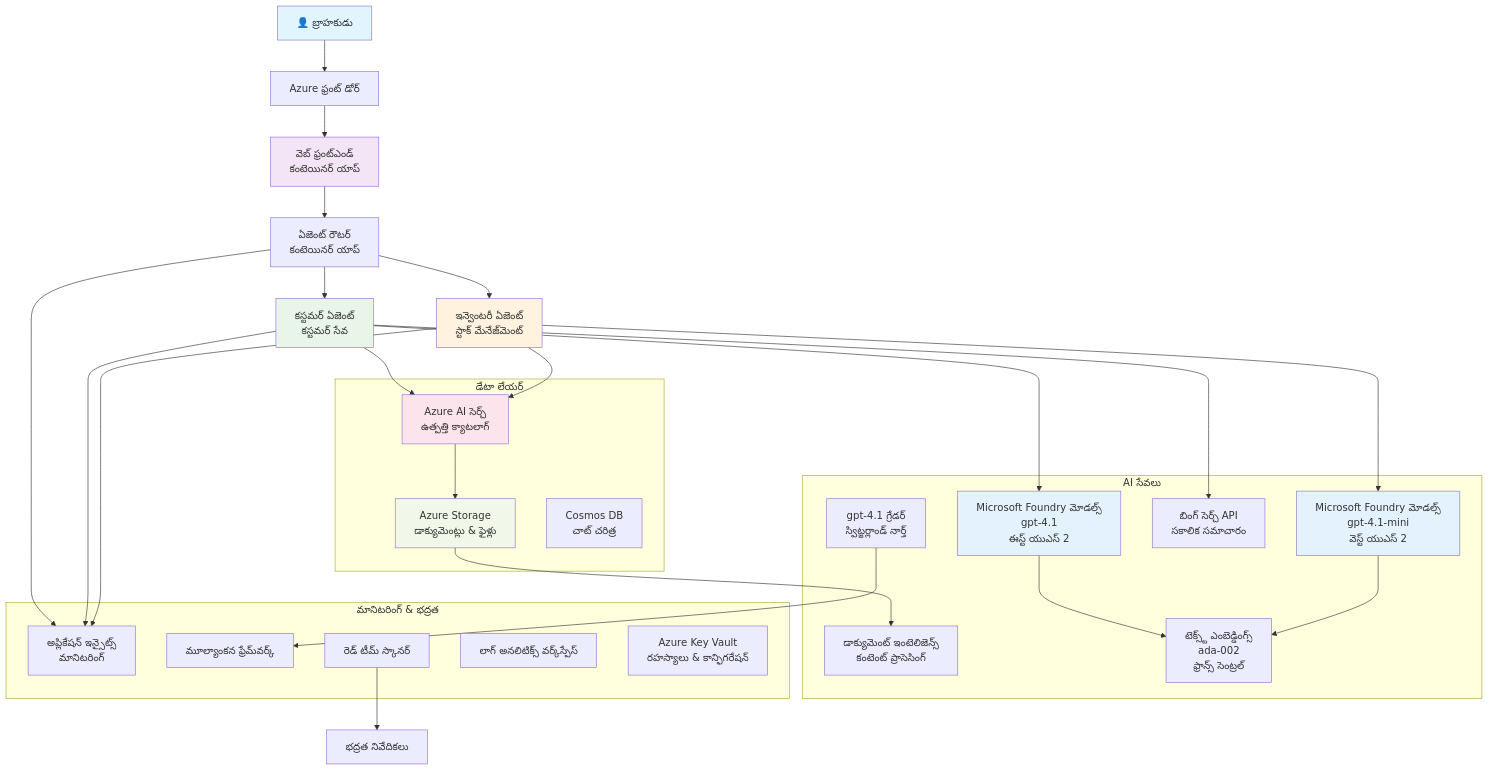
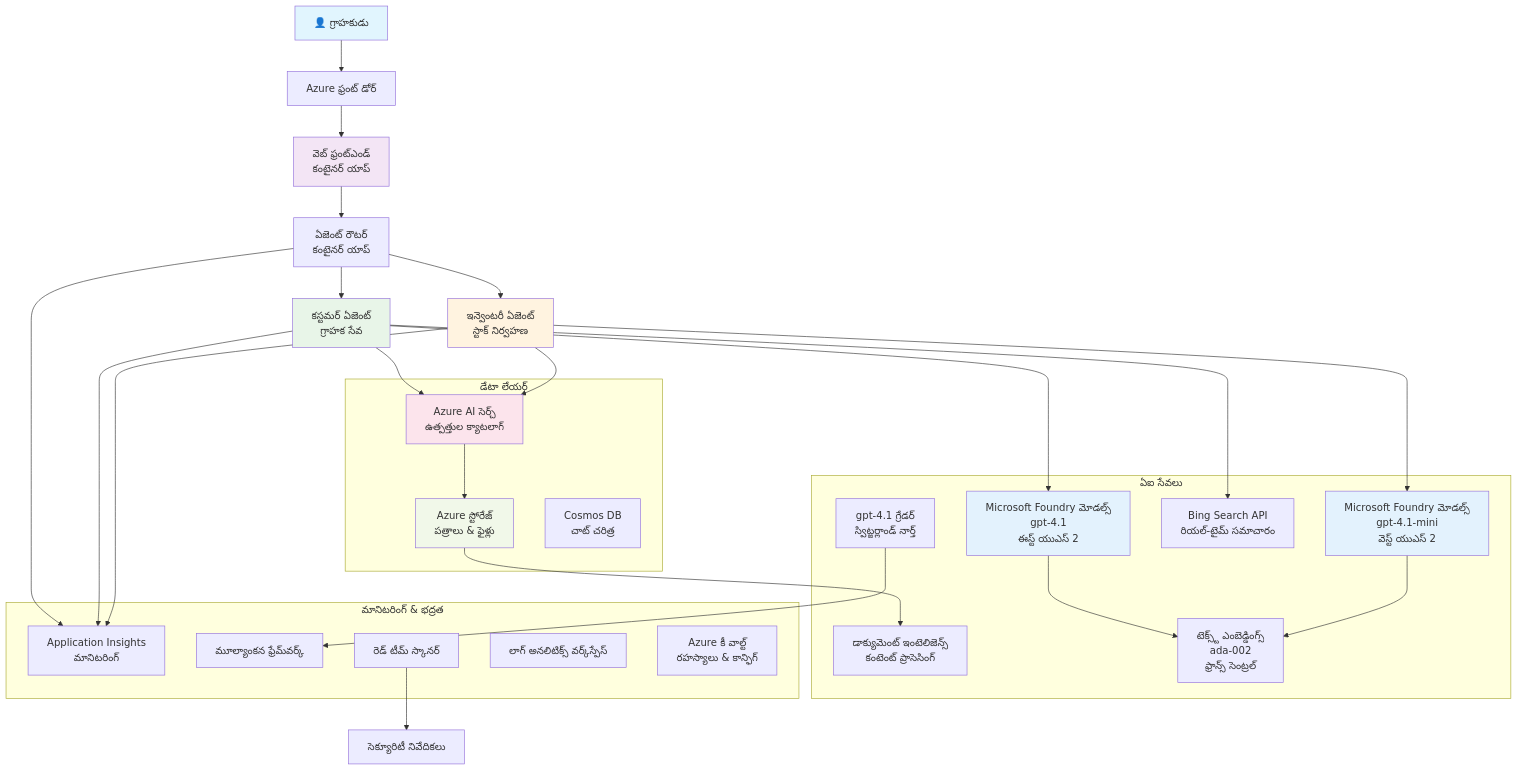
One commit to microsoft/AZD-for-beginners changed the diagram in translations/te/examples/retail-scenario.md. Above: the diagram before and after it, drawn with Mermaid. The commit also changed other lines of this file and 104 other files, not shown here.

````diff
--- a/translations/te/examples/retail-scenario.md
+++ b/translations/te/examples/retail-scenario.md
@@ -139,61 +139,61 @@
 ```mermaid
 graph TB
-    User[👤 బ్రాహకుడు] --> LB[Azure ఫ్రంట్ డోర్]
-    LB --> WebApp[వెబ్ ఫ్రంట్‌ఎండ్<br/>కంటెయినర్ యాప్]
+    User[👤 గ్రాహకుడు] --> LB[Azure ఫ్రంట్ డోర్]
+    LB --> WebApp[వెబ్ ఫ్రంట్‌ఎండ్<br/>కంటైనర్ యాప్]
     
-    WebApp --> Router[ఏజెంట్ రౌటర్<br/>కంటెయినర్ యాప్]
-    Router --> CustomerAgent[కస్టమర్ ఏజెంట్<br/>కస్టమర్ సేవ]
-    Router --> InvAgent[ఇన్వెంటరీ ఏజెంట్<br/>స్టాక్ మేనేజ్‌మెంట్]
+    WebApp --> Router[ఏజెంట్ రౌటర్<br/>కంటైనర్ యాప్]
+    Router --> CustomerAgent[కస్టమర్ ఏజెంట్<br/>గ్రాహక సేవ]
+    Router --> InvAgent[ఇన్వెంటరీ ఏజెంట్<br/>స్టాక్ నిర్వహణ]
     
     CustomerAgent --> OpenAI1[Microsoft Foundry మోడల్స్<br/>gpt-4.1<br/>ఈస్ట్ యుఎస్ 2]
     InvAgent --> OpenAI2[Microsoft Foundry మోడల్స్<br/>gpt-4.1-mini<br/>వెస్ట్ యుఎస్ 2]
     
-    CustomerAgent --> AISearch[Azure AI సెర్చ్<br/>ఉత్పత్తి క్యాటలాగ్]
-    CustomerAgent --> BingSearch[బింగ్ సెర్చ్ API<br/>సకాలిక సమాచారం]
+    CustomerAgent --> AISearch[Azure AI సెర్చ్<br/>ఉత్పత్తుల క్యాటలాగ్]
+    CustomerAgent --> BingSearch[Bing Search API<br/>రియల్-టైమ్ సమాచారం]
     InvAgent --> AISearch
     
-    AISearch --> Storage[Azure Storage<br/>డాక్యుమెంట్లు & ఫైళ్లు]
+    AISearch --> Storage[Azure స్టోరేజ్<br/>పత్రాలు & ఫైళ్లు]
     Storage --> DocIntel[డాక్యుమెంట్ ఇంటెలిజెన్స్<br/>కంటెంట్ ప్రాసెసింగ్]
     
     OpenAI1 --> Embeddings[టెక్స్ట్ ఎంబెడ్డింగ్స్<br/>ada-002<br/>ఫ్రాన్స్ సెంట్రల్]
     OpenAI2 --> Embeddings
     
-    Router --> AppInsights[అప్లికేషన్ ఇన్సైట్స్<br/>మానిటరింగ్]
+    Router --> AppInsights[Application Insights<br/>మానిటరింగ్]
     CustomerAgent --> AppInsights
     InvAgent --> AppInsights
     
     GraderModel[gpt-4.1 గ్రేడర్<br/>స్విట్జర్లాండ్ నార్త్] --> Evaluation[మూల్యాంకన ఫ్రేమ్‌వర్క్]
-    RedTeam[రెడ్ టీమ్ స్కానర్] --> SecurityReports[భద్రత నివేదికలు]
+    RedTeam[రెడ్ టీమ్ స్కానర్] --> SecurityReports[సెక్యూరిటీ నివేదికలు]
     
     subgraph "డేటా లేయర్"
         Storage
         AISearch
         CosmosDB[Cosmos DB<br/>చాట్ చరిత్ర]
     end
     
-    subgraph "AI సేవలు"
+    subgraph "ఏఐ సేవలు"
         OpenAI1
         OpenAI2
         Embeddings
         GraderModel
         DocIntel
         BingSearch
     end
     
     subgraph "మానిటరింగ్ & భద్రత"
         AppInsights
         LogAnalytics[లాగ్ అనలిటిక్స్ వర్క్‌స్పేస్]
-        KeyVault[Azure Key Vault<br/>రహస్యాలు & కాన్ఫిగరేషన్]
+        KeyVault[Azure కీ వాల్ట్<br/>రహస్యాలు & కాన్ఫిగ్]
         RedTeam
         Evaluation
     end
     
     style User fill:#e1f5fe
     style WebApp fill:#f3e5f5
     style CustomerAgent fill:#e8f5e8
     style InvAgent fill:#fff3e0
     style OpenAI1 fill:#e3f2fd
     style OpenAI2 fill:#e3f2fd
     style AISearch fill:#fce4ec
     style Storage fill:#f1f8e9
 ```
````
